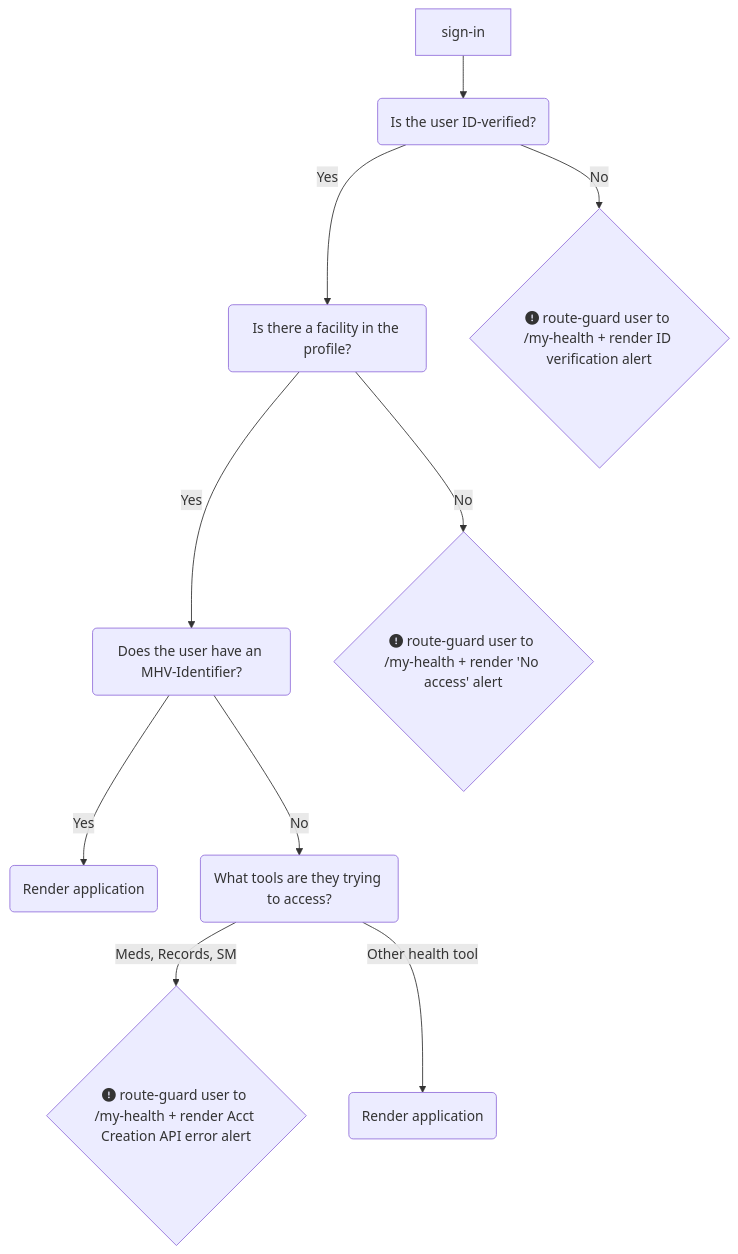
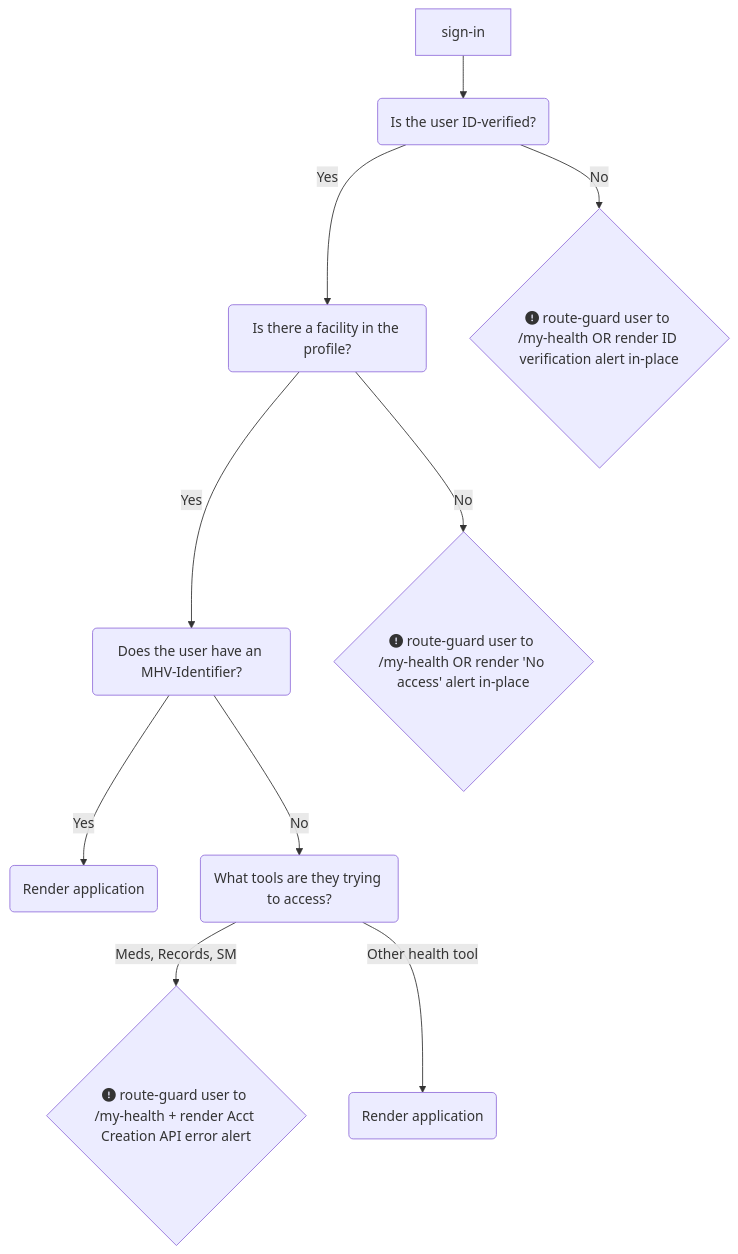
The diagram in products/health-care/digital-health-modernization/mhv-to-va.gov/governance/alert-standardization.md (department-of-veterans-affairs/va.gov-team), drawn with Mermaid before and after one commit. The commit also changed other lines of this file, not shown here.

````diff
--- a/products/health-care/digital-health-modernization/mhv-to-va.gov/governance/alert-standardization.md
+++ b/products/health-care/digital-health-modernization/mhv-to-va.gov/governance/alert-standardization.md
@@ -12,12 +14,12 @@
 ```mermaid
 flowchart TD
     A[sign-in] --> B(Is the user ID-verified?)
     B --> |Yes| C(Is there a facility in the profile?)
-    B --> |No| E{fa:fa-circle-exclamation route-guard user to /my-health + render ID verification alert}
+    B --> |No| E{fa:fa-circle-exclamation route-guard user to /my-health OR render ID verification alert in-place}
     C -->|Yes| D(Does the user have an MHV-Identifier?)
-    C -->|No| F{fa:fa-circle-exclamation route-guard user to /my-health + render 'No access' alert}
+    C -->|No| F{fa:fa-circle-exclamation route-guard user to /my-health OR render 'No access' alert in-place}
     D --> |Yes| G(Render application)
     D --> |No| H(What tools are they trying to access?)
     H --> |Meds, Records, SM| I{fa:fa-circle-exclamation route-guard user to /my-health + render Acct Creation API error alert}
     H --> |Other health tool| J(Render application)
 ```
````
